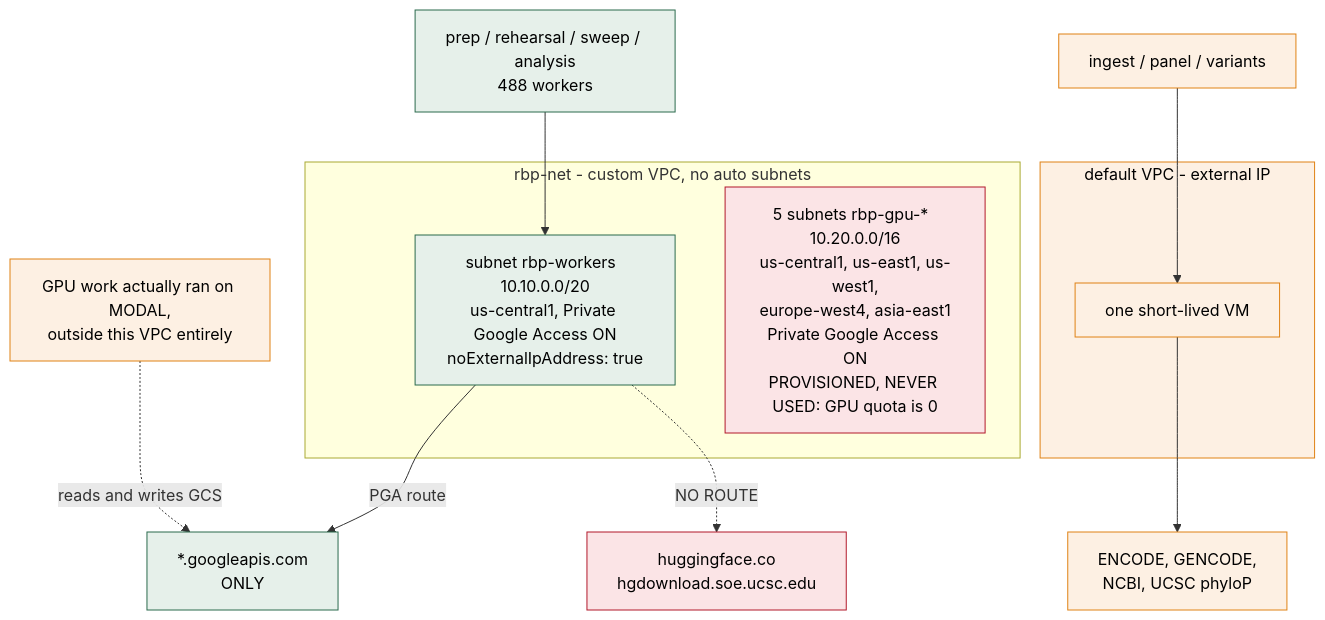
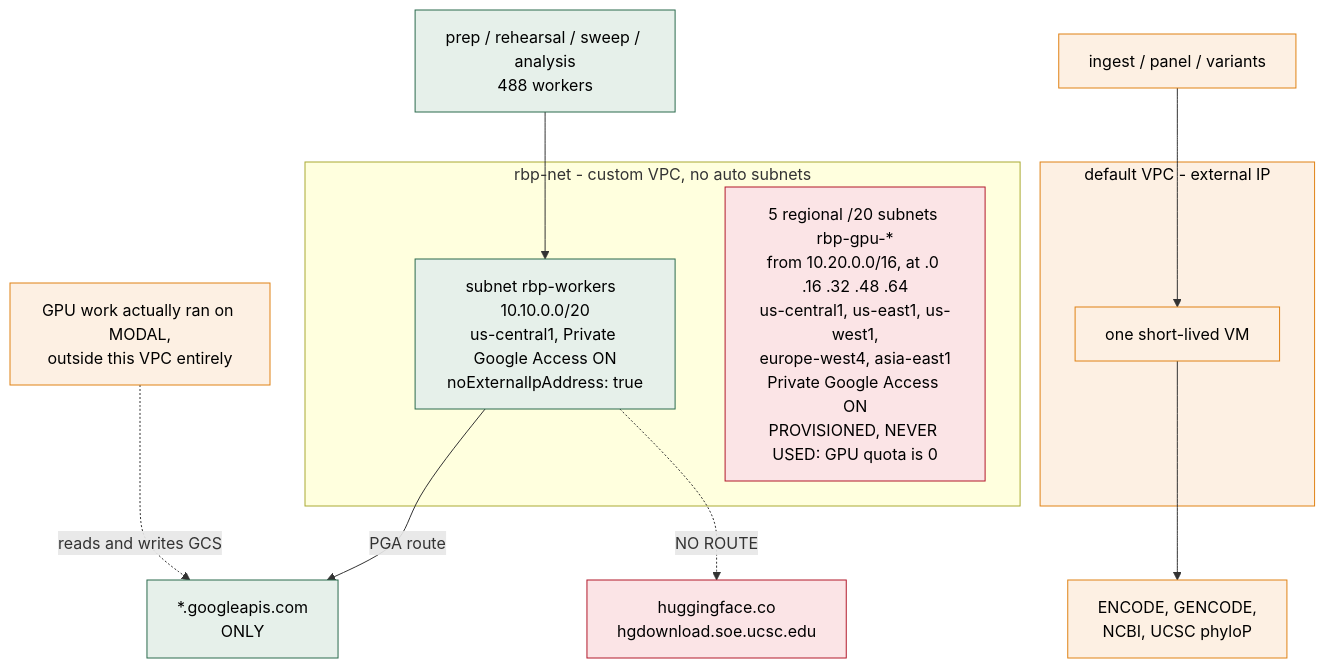
One commit to NirmalKumar31/rbp-protocol-calibration changed the sixth of 8 diagrams in docs/architecture.md. Above: the diagram before and after it, drawn with Mermaid. The commit also changed other lines of this file and 1 other file, not shown here.

First paragraph of the commit message:
The infrastructure inventory counted five identities and two subnets; there are six of each
Documentation only. Live GCP and Terraform both say six custom service accounts and six custom
subnets, and three places in the setup guide still described the smaller earlier shape.

````diff
--- a/docs/architecture.md
+++ b/docs/architecture.md
@@ -314,29 +314,29 @@
 ```mermaid
 flowchart TD
     subgraph NET["rbp-net - custom VPC, no auto subnets"]
         SUB["subnet rbp-workers  10.10.0.0/20<br/>us-central1, Private Google Access ON<br/>noExternalIpAddress: true"]
-        GPUSUB["5 subnets rbp-gpu-*  10.20.0.0/16<br/>us-central1, us-east1, us-west1,<br/>europe-west4, asia-east1<br/>Private Google Access ON<br/>PROVISIONED, NEVER USED: GPU quota is 0"]
+        GPUSUB["5 regional /20 subnets rbp-gpu-*<br/>from 10.20.0.0/16, at .0 .16 .32 .48 .64<br/>us-central1, us-east1, us-west1,<br/>europe-west4, asia-east1<br/>Private Google Access ON<br/>PROVISIONED, NEVER USED: GPU quota is 0"]
     end
 
     subgraph DEF["default VPC - external IP"]
         EXT["one short-lived VM"]
     end
 
     W["prep / rehearsal / sweep / analysis<br/>488 workers"] --> SUB
     SUB -->|"PGA route"| GAPI["*.googleapis.com<br/>ONLY"]
     SUB -.->|"NO ROUTE"| WEB["huggingface.co<br/>hgdownload.soe.ucsc.edu"]
 
     E["ingest / panel / variants"] --> EXT
     EXT --> ENCODE["ENCODE, GENCODE,<br/>NCBI, UCSC phyloP"]
 
     MODAL["GPU work actually ran on MODAL,<br/>outside this VPC entirely"] -.->|"reads and writes GCS"| GAPI
 
     classDef sealed fill:#e6f0ea,stroke:#2b6a4d,color:#000
     classDef open fill:#fdf0e3,stroke:#e08214,color:#000
     classDef blocked fill:#fbe4e6,stroke:#b2182b,color:#000
     class SUB,W,GAPI sealed
     class DEF,EXT,E,ENCODE open
     class WEB blocked
     class GPUSUB blocked
     class MODAL open
 ```
````
